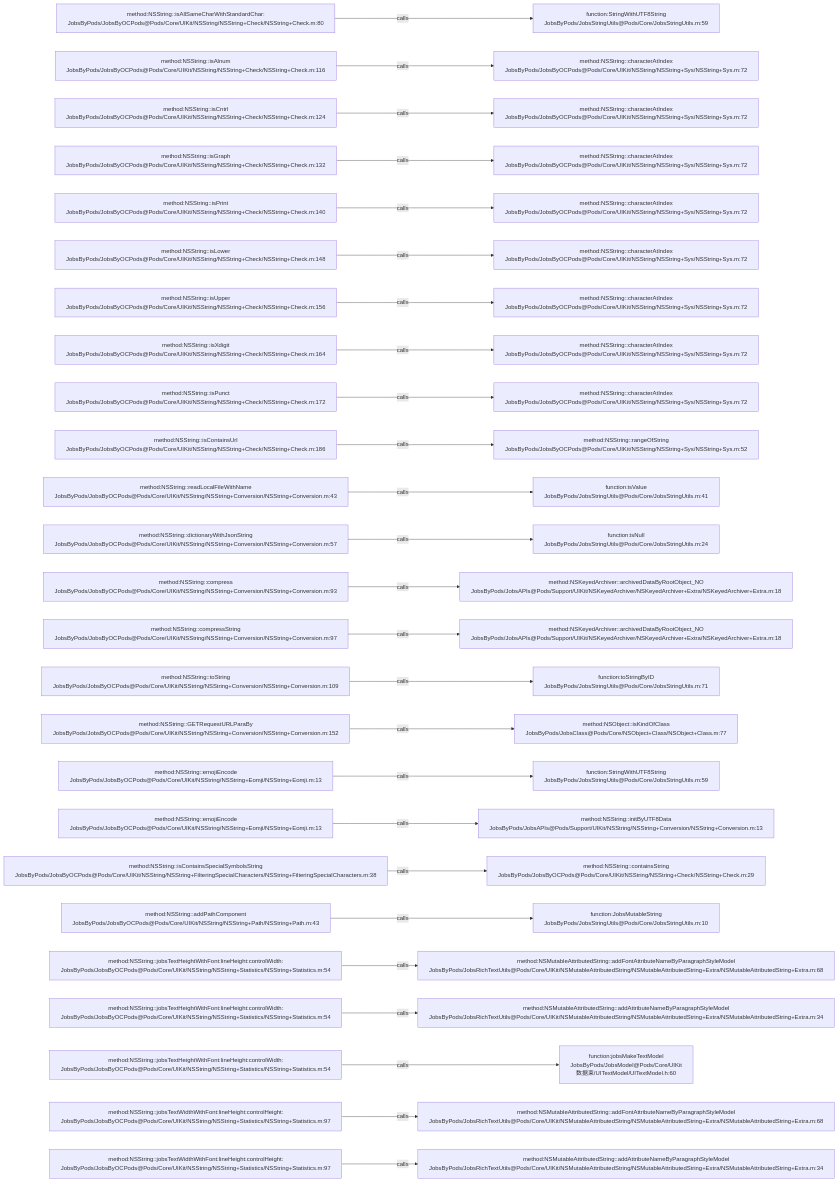
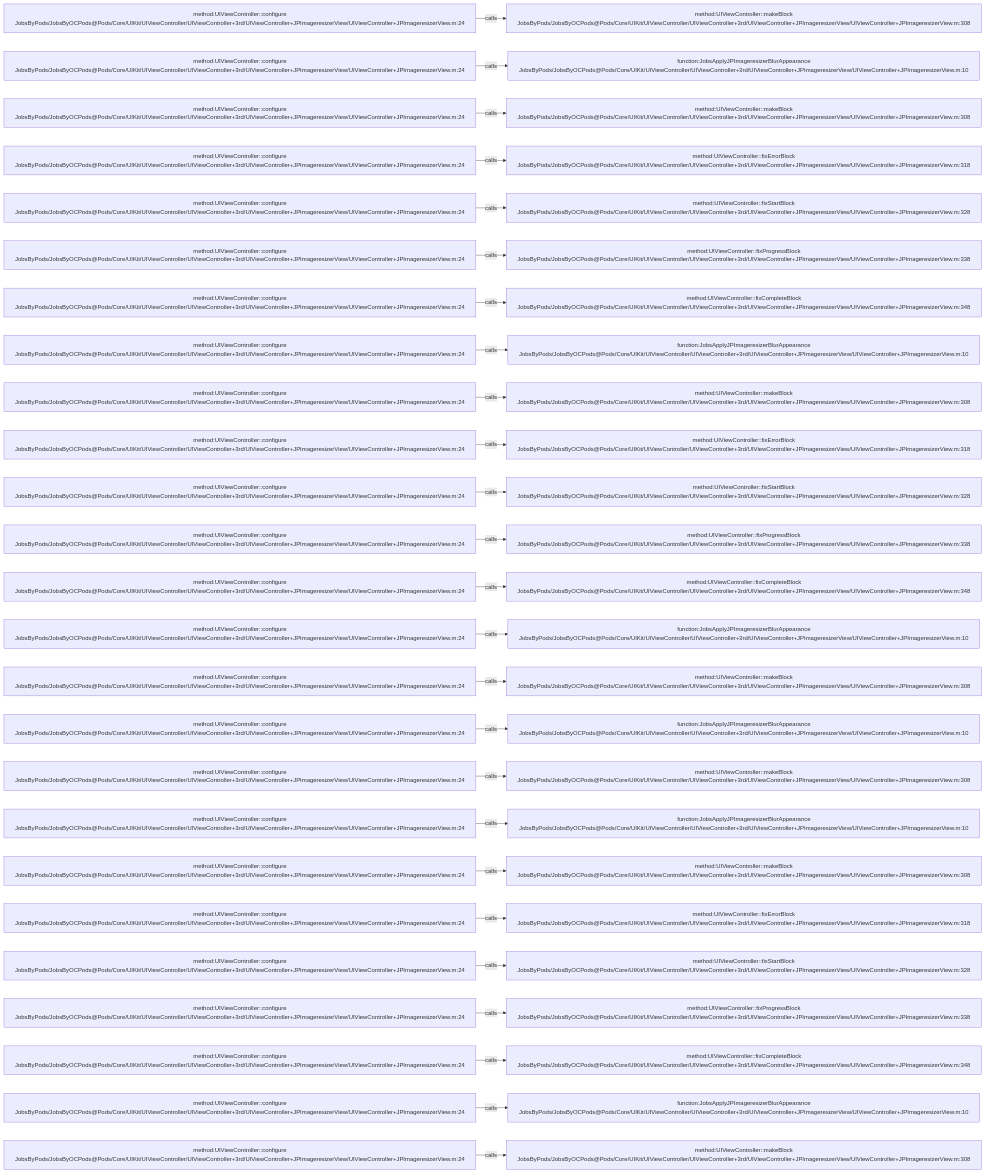
One commit to JobsKits/JobsOCBaseConfigDemo changed the diagram in .codegraph/codegraph.md/graphs/calls-071.md. Above: the diagram before and after it, drawn with Mermaid. The commit also changed 1026 other files, not shown here.

````diff
--- a/.codegraph/codegraph.md/graphs/calls-071.md
+++ b/.codegraph/codegraph.md/graphs/calls-071.md
@@ -13,78 +13,78 @@
 ```mermaid
 flowchart LR
-  S1["method:NSString::isAllSameCharWithStandardChar:<br/>JobsByPods/JobsByOCPods@Pods/Core/UIKit/NSString/NSString+Check/NSString+Check.m:80"]
-  T1["function:StringWithUTF8String<br/>JobsByPods/JobsStringUtils@Pods/Core/JobsStringUtils.m:59"]
+  S1["method:UIViewController::configure<br/>JobsByPods/JobsByOCPods@Pods/Core/UIKit/UIViewController/UIViewController+3rd/UIViewController+JPImageresizerView/UIViewController+JPImageresizerView.m:24"]
+  T1["method:UIViewController::makeBlock<br/>JobsByPods/JobsByOCPods@Pods/Core/UIKit/UIViewController/UIViewController+3rd/UIViewController+JPImageresizerView/UIViewController+JPImageresizerView.m:308"]
   S1 -->|calls| T1
-  S2["method:NSString::isAlnum<br/>JobsByPods/JobsByOCPods@Pods/Core/UIKit/NSString/NSString+Check/NSString+Check.m:116"]
-  T2["method:NSString::characterAtIndex<br/>JobsByPods/JobsByOCPods@Pods/Core/UIKit/NSString/NSString+Sys/NSString+Sys.m:72"]
+  S2["method:UIViewController::configure<br/>JobsByPods/JobsByOCPods@Pods/Core/UIKit/UIViewController/UIViewController+3rd/UIViewController+JPImageresizerView/UIViewController+JPImageresizerView.m:24"]
+  T2["function:JobsApplyJPImageresizerBlurAppearance<br/>JobsByPods/JobsByOCPods@Pods/Core/UIKit/UIViewController/UIViewController+3rd/UIViewController+JPImageresizerView/UIViewController+JPImageresizerView.m:10"]
   S2 -->|calls| T2
-  S3["method:NSString::isCntrl<br/>JobsByPods/JobsByOCPods@Pods/Core/UIKit/NSString/NSString+Check/NSString+Check.m:124"]
-  T3["method:NSString::characterAtIndex<br/>JobsByPods/JobsByOCPods@Pods/Core/UIKit/NSString/NSString+Sys/NSString+Sys.m:72"]
+  S3["method:UIViewController::configure<br/>JobsByPods/JobsByOCPods@Pods/Core/UIKit/UIViewController/UIViewController+3rd/UIViewController+JPImageresizerView/UIViewController+JPImageresizerView.m:24"]
+  T3["method:UIViewController::makeBlock<br/>JobsByPods/JobsByOCPods@Pods/Core/UIKit/UIViewController/UIViewController+3rd/UIViewController+JPImageresizerView/UIViewController+JPImageresizerView.m:308"]
   S3 -->|calls| T3
-  S4["method:NSString::isGraph<br/>JobsByPods/JobsByOCPods@Pods/Core/UIKit/NSString/NSString+Check/NSString+Check.m:132"]
-  T4["method:NSString::characterAtIndex<br/>JobsByPods/JobsByOCPods@Pods/Core/UIKit/NSString/NSString+Sys/NSString+Sys.m:72"]
+  S4["method:UIViewController::configure<br/>JobsByPods/JobsByOCPods@Pods/Core/UIKit/UIViewController/UIViewController+3rd/UIViewController+JPImageresizerView/UIViewController+JPImageresizerView.m:24"]
+  T4["method:UIViewController::fixErrorBlock<br/>JobsByPods/JobsByOCPods@Pods/Core/UIKit/UIViewController/UIViewController+3rd/UIViewController+JPImageresizerView/UIViewController+JPImageresizerView.m:318"]
   S4 -->|calls| T4
-  S5["method:NSString::isPrint<br/>JobsByPods/JobsByOCPods@Pods/Core/UIKit/NSString/NSString+Check/NSString+Check.m:140"]
-  T5["method:NSString::characterAtIndex<br/>JobsByPods/JobsByOCPods@Pods/Core/UIKit/NSString/NSString+Sys/NSString+Sys.m:72"]
+  S5["method:UIViewController::configure<br/>JobsByPods/JobsByOCPods@Pods/Core/UIKit/UIViewController/UIViewController+3rd/UIViewController+JPImageresizerView/UIViewController+JPImageresizerView.m:24"]
+  T5["method:UIViewController::fixStartBlock<br/>JobsByPods/JobsByOCPods@Pods/Core/UIKit/UIViewController/UIViewController+3rd/UIViewController+JPImageresizerView/UIViewController+JPImageresizerView.m:328"]
   S5 -->|calls| T5
-  S6["method:NSString::isLower<br/>JobsByPods/JobsByOCPods@Pods/Core/UIKit/NSString/NSString+Check/NSString+Check.m:148"]
-  T6["method:NSString::characterAtIndex<br/>JobsByPods/JobsByOCPods@Pods/Core/UIKit/NSString/NSString+Sys/NSString+Sys.m:72"]
+  S6["method:UIViewController::configure<br/>JobsByPods/JobsByOCPods@Pods/Core/UIKit/UIViewController/UIViewController+3rd/UIViewController+JPImageresizerView/UIViewController+JPImageresizerView.m:24"]
+  T6["method:UIViewController::fixProgressBlock<br/>JobsByPods/JobsByOCPods@Pods/Core/UIKit/UIViewController/UIViewController+3rd/UIViewController+JPImageresizerView/UIViewController+JPImageresizerView.m:338"]
   S6 -->|calls| T6
-  S7["method:NSString::isUpper<br/>JobsByPods/JobsByOCPods@Pods/Core/UIKit/NSString/NSString+Check/NSString+Check.m:156"]
-  T7["method:NSString::characterAtIndex<br/>JobsByPods/JobsByOCPods@Pods/Core/UIKit/NSString/NSString+Sys/NSString+Sys.m:72"]
+  S7["method:UIViewController::configure<br/>JobsByPods/JobsByOCPods@Pods/Core/UIKit/UIViewController/UIViewController+3rd/UIViewController+JPImageresizerView/UIViewController+JPImageresizerView.m:24"]
+  T7["method:UIViewController::fixCompleteBlock<br/>JobsByPods/JobsByOCPods@Pods/Core/UIKit/UIViewController/UIViewController+3rd/UIViewController+JPImageresizerView/UIViewController+JPImageresizerView.m:348"]
   S7 -->|calls| T7
-  S8["method:NSString::isXdigit<br/>JobsByPods/JobsByOCPods@Pods/Core/UIKit/NSString/NSString+Check/NSString+Check.m:164"]
-  T8["method:NSString::characterAtIndex<br/>JobsByPods/JobsByOCPods@Pods/Core/UIKit/NSString/NSString+Sys/NSString+Sys.m:72"]
+  S8["method:UIViewController::configure<br/>JobsByPods/JobsByOCPods@Pods/Core/UIKit/UIViewController/UIViewController+3rd/UIViewController+JPImageresizerView/UIViewController+JPImageresizerView.m:24"]
+  T8["function:JobsApplyJPImageresizerBlurAppearance<br/>JobsByPods/JobsByOCPods@Pods/Core/UIKit/UIViewController/UIViewController+3rd/UIViewController+JPImageresizerView/UIViewController+JPImageresizerView.m:10"]
   S8 -->|calls| T8
-  S9["method:NSString::isPunct<br/>JobsByPods/JobsByOCPods@Pods/Core/UIKit/NSString/NSString+Check/NSString+Check.m:172"]
-  T9["method:NSString::characterAtIndex<br/>JobsByPods/JobsByOCPods@Pods/Core/UIKit/NSString/NSString+Sys/NSString+Sys.m:72"]
+  S9["method:UIViewController::configure<br/>JobsByPods/JobsByOCPods@Pods/Core/UIKit/UIViewController/UIViewController+3rd/UIViewController+JPImageresizerView/UIViewController+JPImageresizerView.m:24"]
+  T9["method:UIViewController::makeBlock<br/>JobsByPods/JobsByOCPods@Pods/Core/UIKit/UIViewController/UIViewController+3rd/UIViewController+JPImageresizerView/UIViewController+JPImageresizerView.m:308"]
   S9 -->|calls| T9
-  S10["method:NSString::isContainsUrl<br/>JobsByPods/JobsByOCPods@Pods/Core/UIKit/NSString/NSString+Check/NSString+Check.m:186"]
-  T10["method:NSString::rangeOfString<br/>JobsByPods/JobsByOCPods@Pods/Core/UIKit/NSString/NSString+Sys/NSString+Sys.m:52"]
+  S10["method:UIViewController::configure<br/>JobsByPods/JobsByOCPods@Pods/Core/UIKit/UIViewController/UIViewController+3rd/UIViewController+JPImageresizerView/UIViewController+JPImageresizerView.m:24"]
+  T10["method:UIViewController::fixErrorBlock<br/>JobsByPods/JobsByOCPods@Pods/Core/UIKit/UIViewController/UIViewController+3rd/UIViewController+JPImageresizerView/UIViewController+JPImageresizerView.m:318"]
   S10 -->|calls| T10
-  S11["method:NSString::readLocalFileWithName<br/>JobsByPods/JobsByOCPods@Pods/Core/UIKit/NSString/NSString+Conversion/NSString+Conversion.m:43"]
-  T11["function:isValue<br/>JobsByPods/JobsStringUtils@Pods/Core/JobsStringUtils.m:41"]
+  S11["method:UIViewController::configure<br/>JobsByPods/JobsByOCPods@Pods/Core/UIKit/UIViewController/UIViewController+3rd/UIViewController+JPImageresizerView/UIViewController+JPImageresizerView.m:24"]
+  T11["method:UIViewController::fixStartBlock<br/>JobsByPods/JobsByOCPods@Pods/Core/UIKit/UIViewController/UIViewController+3rd/UIViewController+JPImageresizerView/UIViewController+JPImageresizerView.m:328"]
   S11 -->|calls| T11
-  S12["method:NSString::dictionaryWithJsonString<br/>JobsByPods/JobsByOCPods@Pods/Core/UIKit/NSString/NSString+Conversion/NSString+Conversion.m:57"]
-  T12["function:isNull<br/>JobsByPods/JobsStringUtils@Pods/Core/JobsStringUtils.m:24"]
+  S12["method:UIViewController::configure<br/>JobsByPods/JobsByOCPods@Pods/Core/UIKit/UIViewController/UIViewController+3rd/UIViewController+JPImageresizerView/UIViewController+JPImageresizerView.m:24"]
+  T12["method:UIViewController::fixProgressBlock<br/>JobsByPods/JobsByOCPods@Pods/Core/UIKit/UIViewController/UIViewController+3rd/UIViewController+JPImageresizerView/UIViewController+JPImageresizerView.m:338"]
   S12 -->|calls| T12
-  S13["method:NSString::compress<br/>JobsByPods/JobsByOCPods@Pods/Core/UIKit/NSString/NSString+Conversion/NSString+Conversion.m:93"]
-  T13["method:NSKeyedArchiver::archivedDataByRootObject_NO<br/>JobsByPods/JobsAPIs@Pods/Support/UIKit/NSKeyedArchiver/NSKeyedArchiver+Extra/NSKeyedArchiver+Extra.m:18"]
+  S13["method:UIViewController::configure<br/>JobsByPods/JobsByOCPods@Pods/Core/UIKit/UIViewController/UIViewController+3rd/UIViewController+JPImageresizerView/UIViewController+JPImageresizerView.m:24"]
+  T13["method:UIViewController::fixCompleteBlock<br/>JobsByPods/JobsByOCPods@Pods/Core/UIKit/UIViewController/UIViewController+3rd/UIViewController+JPImageresizerView/UIViewController+JPImageresizerView.m:348"]
   S13 -->|calls| T13
-  S14["method:NSString::compressString<br/>JobsByPods/JobsByOCPods@Pods/Core/UIKit/NSString/NSString+Conversion/NSString+Conversion.m:97"]
-  T14["method:NSKeyedArchiver::archivedDataByRootObject_NO<br/>JobsByPods/JobsAPIs@Pods/Support/UIKit/NSKeyedArchiver/NSKeyedArchiver+Extra/NSKeyedArchiver+Extra.m:18"]
+  S14["method:UIViewController::configure<br/>JobsByPods/JobsByOCPods@Pods/Core/UIKit/UIViewController/UIViewController+3rd/UIViewController+JPImageresizerView/UIViewController+JPImageresizerView.m:24"]
+  T14["function:JobsApplyJPImageresizerBlurAppearance<br/>JobsByPods/JobsByOCPods@Pods/Core/UIKit/UIViewController/UIViewController+3rd/UIViewController+JPImageresizerView/UIViewController+JPImageresizerView.m:10"]
   S14 -->|calls| T14
-  S15["method:NSString::toString<br/>JobsByPods/JobsByOCPods@Pods/Core/UIKit/NSString/NSString+Conversion/NSString+Conversion.m:109"]
-  T15["function:toStringByID<br/>JobsByPods/JobsStringUtils@Pods/Core/JobsStringUtils.m:71"]
+  S15["method:UIViewController::configure<br/>JobsByPods/JobsByOCPods@Pods/Core/UIKit/UIViewController/UIViewController+3rd/UIViewController+JPImageresizerView/UIViewController+JPImageresizerView.m:24"]
+  T15["method:UIViewController::makeBlock<br/>JobsByPods/JobsByOCPods@Pods/Core/UIKit/UIViewController/UIViewController+3rd/UIViewController+JPImageresizerView/UIViewController+JPImageresizerView.m:308"]
   S15 -->|calls| T15
-  S16["method:NSString::GETRequestURLParaBy<br/>JobsByPods/JobsByOCPods@Pods/Core/UIKit/NSString/NSString+Conversion/NSString+Conversion.m:152"]
-  T16["method:NSObject::isKindOfClass<br/>JobsByPods/JobsClass@Pods/Core/NSObject+Class/NSObject+Class.m:77"]
+  S16["method:UIViewController::configure<br/>JobsByPods/JobsByOCPods@Pods/Core/UIKit/UIViewController/UIViewController+3rd/UIViewController+JPImageresizerView/UIViewController+JPImageresizerView.m:24"]
+  T16["function:JobsApplyJPImageresizerBlurAppearance<br/>JobsByPods/JobsByOCPods@Pods/Core/UIKit/UIViewController/UIViewController+3rd/UIViewController+JPImageresizerView/UIViewController+JPImageresizerView.m:10"]
   S16 -->|calls| T16
-  S17["method:NSString::emojiEncode<br/>JobsByPods/JobsByOCPods@Pods/Core/UIKit/NSString/NSString+Eomji/NSString+Eomji.m:13"]
-  T17["function:StringWithUTF8String<br/>JobsByPods/JobsStringUtils@Pods/Core/JobsStringUtils.m:59"]
+  S17["method:UIViewController::configure<br/>JobsByPods/JobsByOCPods@Pods/Core/UIKit/UIViewController/UIViewController+3rd/UIViewController+JPImageresizerView/UIViewController+JPImageresizerView.m:24"]
+  T17["method:UIViewController::makeBlock<br/>JobsByPods/JobsByOCPods@Pods/Core/UIKit/UIViewController/UIViewController+3rd/UIViewController+JPImageresizerView/UIViewController+JPImageresizerView.m:308"]
   S17 -->|calls| T17
-  S18["method:NSString::emojiEncode<br/>JobsByPods/JobsByOCPods@Pods/Core/UIKit/NSString/NSString+Eomji/NSString+Eomji.m:13"]
-  T18["method:NSString::initByUTF8Data<br/>JobsByPods/JobsAPIs@Pods/Support/UIKit/NSString/NSString+Conversion/NSString+Conversion.m:13"]
+  S18["method:UIViewController::configure<br/>JobsByPods/JobsByOCPods@Pods/Core/UIKit/UIViewController/UIViewController+3rd/UIViewController+JPImageresizerView/UIViewController+JPImageresizerView.m:24"]
+  T18["function:JobsApplyJPImageresizerBlurAppearance<br/>JobsByPods/JobsByOCPods@Pods/Core/UIKit/UIViewController/UIViewController+3rd/UIViewController+JPImageresizerView/UIViewController+JPImageresizerView.m:10"]
   S18 -->|calls| T18
-  S19["method:NSString::isContainsSpecialSymbolsString<br/>JobsByPods/JobsByOCPods@Pods/Core/UIKit/NSString/NSString+FilteringSpecialCharacters/NSString+FilteringSpecialCharacters.m:38"]
-  T19["method:NSString::containsString<br/>JobsByPods/JobsByOCPods@Pods/Core/UIKit/NSString/NSString+Check/NSString+Check.m:29"]
+  S19["method:UIViewController::configure<br/>JobsByPods/JobsByOCPods@Pods/Core/UIKit/UIViewController/UIViewController+3rd/UIViewController+JPImageresizerView/UIViewController+JPImageresizerView.m:24"]
+  T19["method:UIViewController::makeBlock<br/>JobsByPods/JobsByOCPods@Pods/Core/UIKit/UIViewController/UIViewController+3rd/UIViewController+JPImageresizerView/UIViewController+JPImageresizerView.m:308"]
   S19 -->|calls| T19
-  S20["method:NSString::addPathComponent<br/>JobsByPods/JobsByOCPods@Pods/Core/UIKit/NSString/NSString+Path/NSString+Path.m:43"]
-  T20["function:JobsMutableString<br/>JobsByPods/JobsStringUtils@Pods/Core/JobsStringUtils.m:10"]
+  S20["method:UIViewController::configure<br/>JobsByPods/JobsByOCPods@Pods/Core/UIKit/UIViewController/UIViewController+3rd/UIViewController+JPImageresizerView/UIViewController+JPImageresizerView.m:24"]
+  T20["method:UIViewController::fixErrorBlock<br/>JobsByPods/JobsByOCPods@Pods/Core/UIKit/UIViewController/UIViewController+3rd/UIViewController+JPImageresizerView/UIViewController+JPImageresizerView.m:318"]
   S20 -->|calls| T20
-  S21["method:NSString::jobsTextHeightWithFont:lineHeight:controlWidth:<br/>JobsByPods/JobsByOCPods@Pods/Core/UIKit/NSString/NSString+Statistics/NSString+Statistics.m:54"]
-  T21["method:NSMutableAttributedString::addFontAttributeNameByParagraphStyleModel<br/>JobsByPods/JobsRichTextUtils@Pods/Core/UIKit/NSMutableAttributedString/NSMutableAttributedString+Extra/NSMutableAttributedString+Extra.m:68"]
+  S21["method:UIViewController::configure<br/>JobsByPods/JobsByOCPods@Pods/Core/UIKit/UIViewController/UIViewController+3rd/UIViewController+JPImageresizerView/UIViewController+JPImageresizerView.m:24"]
+  T21["method:UIViewController::fixStartBlock<br/>JobsByPods/JobsByOCPods@Pods/Core/UIKit/UIViewController/UIViewController+3rd/UIViewController+JPImageresizerView/UIViewController+JPImageresizerView.m:328"]
   S21 -->|calls| T21
-  S22["method:NSString::jobsTextHeightWithFont:lineHeight:controlWidth:<br/>JobsByPods/JobsByOCPods@Pods/Core/UIKit/NSString/NSString+Statistics/NSString+Statistics.m:54"]
-  T22["method:NSMutableAttributedString::addAttributeNameByParagraphStyleModel<br/>JobsByPods/JobsRichTextUtils@Pods/Core/UIKit/NSMutableAttributedString/NSMutableAttributedString+Extra/NSMutableAttributedString+Extra.m:34"]
+  S22["method:UIViewController::configure<br/>JobsByPods/JobsByOCPods@Pods/Core/UIKit/UIViewController/UIViewController+3rd/UIViewController+JPImageresizerView/UIViewController+JPImageresizerView.m:24"]
+  T22["method:UIViewController::fixProgressBlock<br/>JobsByPods/JobsByOCPods@Pods/Core/UIKit/UIViewController/UIViewController+3rd/UIViewController+JPImageresizerView/UIViewController+JPImageresizerView.m:338"]
   S22 -->|calls| T22
-  S23["method:NSString::jobsTextHeightWithFont:lineHeight:controlWidth:<br/>JobsByPods/JobsByOCPods@Pods/Core/UIKit/NSString/NSString+Statistics/NSString+Statistics.m:54"]
-  T23["function:jobsMakeTextModel<br/>JobsByPods/JobsModel@Pods/Core/UIKit数据束/UITextModel/UITextModel.h:60"]
+  S23["method:UIViewController::configure<br/>JobsByPods/JobsByOCPods@Pods/Core/UIKit/UIViewController/UIViewController+3rd/UIViewController+JPImageresizerView/UIViewController+JPImageresizerView.m:24"]
+  T23["method:UIViewController::fixCompleteBlock<br/>JobsByPods/JobsByOCPods@Pods/Core/UIKit/UIViewController/UIViewController+3rd/UIViewController+JPImageresizerView/UIViewController+JPImageresizerView.m:348"]
   S23 -->|calls| T23
-  S24["method:NSString::jobsTextWidthWithFont:lineHeight:controlHeight:<br/>JobsByPods/JobsByOCPods@Pods/Core/UIKit/NSString/NSString+Statistics/NSString+Statistics.m:97"]
-  T24["method:NSMutableAttributedString::addFontAttributeNameByParagraphStyleModel<br/>JobsByPods/JobsRichTextUtils@Pods/Core/UIKit/NSMutableAttributedString/NSMutableAttributedString+Extra/NSMutableAttributedString+Extra.m:68"]
+  S24["method:UIViewController::configure<br/>JobsByPods/JobsByOCPods@Pods/Core/UIKit/UIViewController/UIViewController+3rd/UIViewController+JPImageresizerView/UIViewController+JPImageresizerView.m:24"]
+  T24["function:JobsApplyJPImageresizerBlurAppearance<br/>JobsByPods/JobsByOCPods@Pods/Core/UIKit/UIViewController/UIViewController+3rd/UIViewController+JPImageresizerView/UIViewController+JPImageresizerView.m:10"]
   S24 -->|calls| T24
-  S25["method:NSString::jobsTextWidthWithFont:lineHeight:controlHeight:<br/>JobsByPods/JobsByOCPods@Pods/Core/UIKit/NSString/NSString+Statistics/NSString+Statistics.m:97"]
-  T25["method:NSMutableAttributedString::addAttributeNameByParagraphStyleModel<br/>JobsByPods/JobsRichTextUtils@Pods/Core/UIKit/NSMutableAttributedString/NSMutableAttributedString+Extra/NSMutableAttributedString+Extra.m:34"]
+  S25["method:UIViewController::configure<br/>JobsByPods/JobsByOCPods@Pods/Core/UIKit/UIViewController/UIViewController+3rd/UIViewController+JPImageresizerView/UIViewController+JPImageresizerView.m:24"]
+  T25["method:UIViewController::makeBlock<br/>JobsByPods/JobsByOCPods@Pods/Core/UIKit/UIViewController/UIViewController+3rd/UIViewController+JPImageresizerView/UIViewController+JPImageresizerView.m:308"]
   S25 -->|calls| T25
 ```
````
